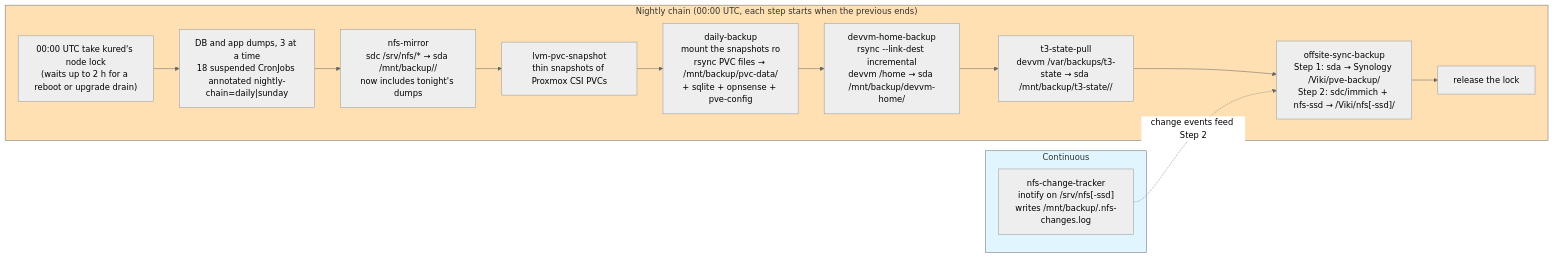
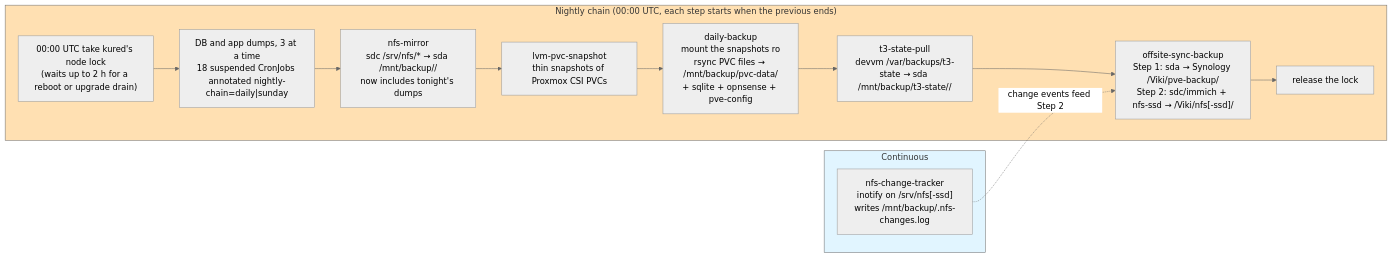
Before and after one commit to ViktorBarzin/infra: the third of 6 diagrams in docs/architecture/backup-dr.md, drawn with Mermaid (neutral theme). The commit also changed other lines of this file and 8 other files, not shown here.

First line of the commit message:
Retire the nightly devvm-home backup and make /mnt/backup root-only

````diff
--- a/docs/architecture/backup-dr.md
+++ b/docs/architecture/backup-dr.md
@@ -244,24 +252,23 @@
 ```mermaid
 graph LR
     subgraph Continuous["Continuous"]
         INO["nfs-change-tracker<br/>inotify on /srv/nfs[-ssd]<br/>writes /mnt/backup/.nfs-changes.log"]
     end
 
     subgraph Nightly["Nightly chain (00:00 UTC, each step starts when the previous ends)"]
         T0000["00:00 UTC take kured's node lock<br/>(waits up to 2 h for a reboot or upgrade drain)"]
         T0015["DB and app dumps, 3 at a time<br/>18 suspended CronJobs annotated nightly-chain=daily|sunday"]
         T0200["nfs-mirror<br/>sdc /srv/nfs/* → sda /mnt/backup/<svc>/<br/>now includes tonight's dumps"]
         T0300["lvm-pvc-snapshot<br/>thin snapshots of Proxmox CSI PVCs"]
         T0500["daily-backup<br/>mount the snapshots ro<br/>rsync PVC files → /mnt/backup/pvc-data/<br/>+ sqlite + opnsense + pve-config"]
-        T0330["devvm-home-backup<br/>rsync --link-dest incremental<br/>devvm /home → sda /mnt/backup/devvm-home/"]
         T3P["t3-state-pull<br/>devvm /var/backups/t3-state → sda /mnt/backup/t3-state/<user>/"]
         T0600["offsite-sync-backup<br/>Step 1: sda → Synology /Viki/pve-backup/<br/>Step 2: sdc/immich + nfs-ssd → /Viki/nfs[-ssd]/"]
         T0700["release the lock"]
     end
 
-    T0000 --> T0015 --> T0200 --> T0300 --> T0500 --> T0330 --> T3P --> T0600 --> T0700
+    T0000 --> T0015 --> T0200 --> T0300 --> T0500 --> T3P --> T0600 --> T0700
     INO -.->|change events feed Step 2| T0600
 
     style Nightly fill:#ffe0b2
     style Continuous fill:#e1f5ff
 ```
````
